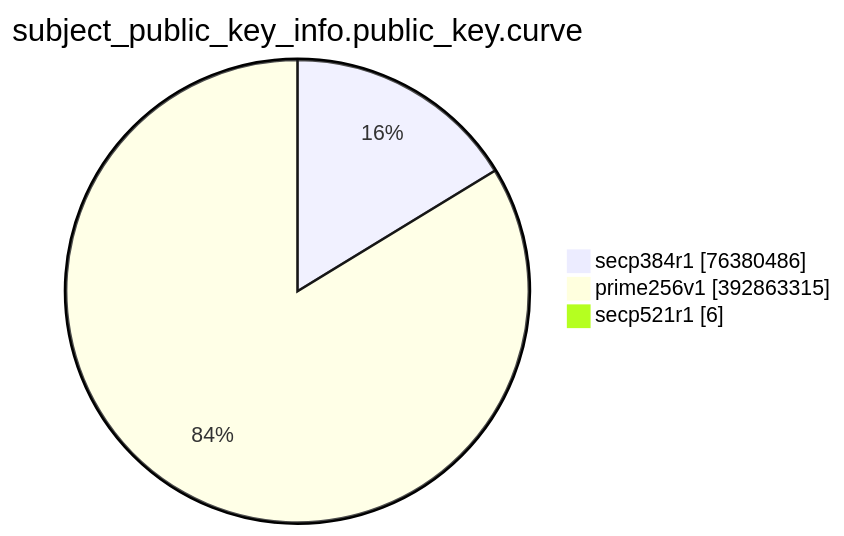
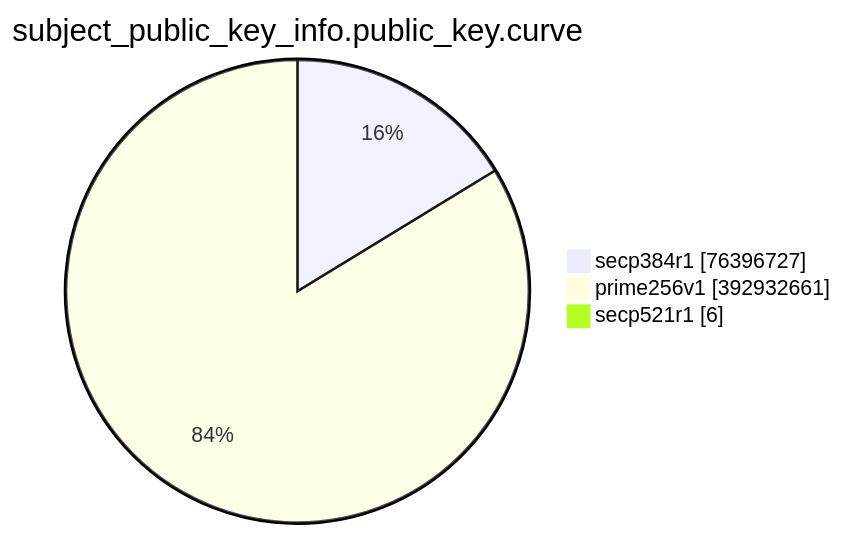
The eighth of 15 diagrams in TOTAL/README.md (christiankrug/ctmonitor_visualization), drawn with Mermaid before and after one commit. The commit also changed other lines of this file, not shown here.

````diff
--- a/TOTAL/README.md
+++ b/TOTAL/README.md
@@ -3094,7 +3094,7 @@
 ```mermaid
 pie showData
 title subject_public_key_info.public_key.curve
-"secp384r1" :76380486
-"prime256v1" :392863315
+"secp384r1" :76396727
+"prime256v1" :392932661
 "secp521r1" :6
 ```
````
